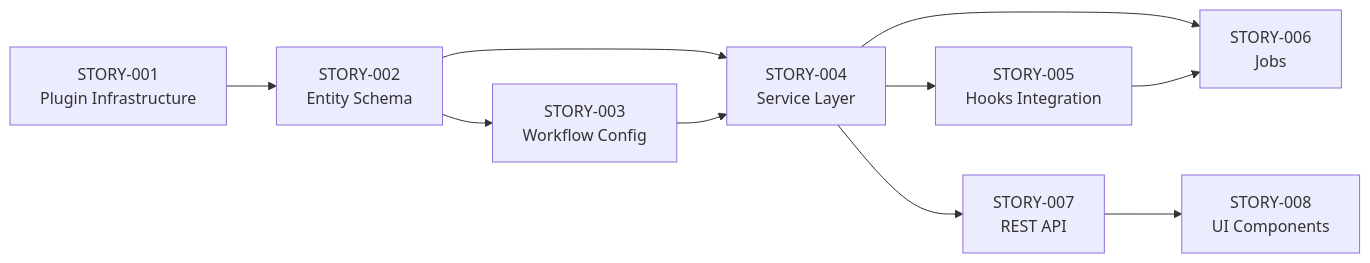
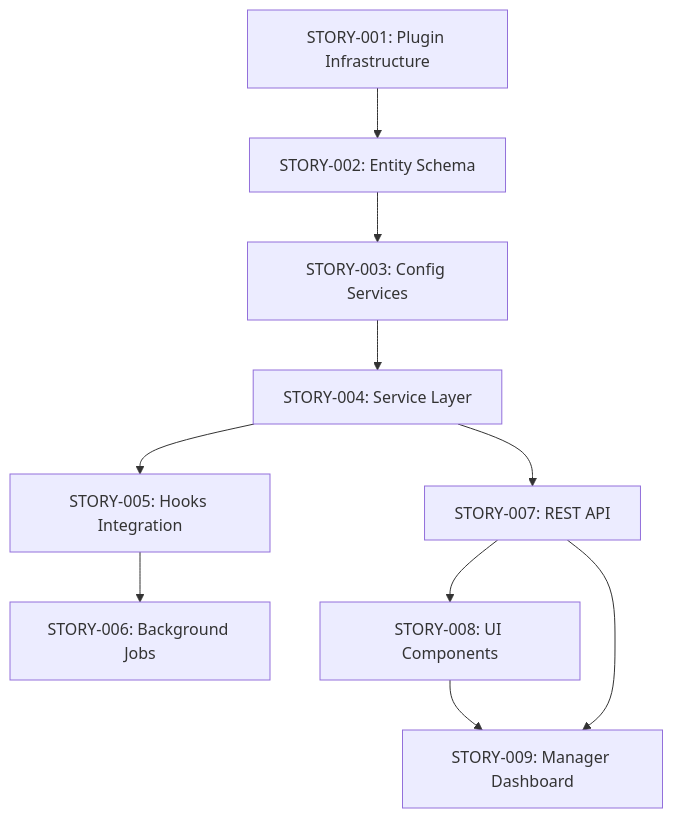
The third of 3 diagrams in blitzy/documentation/Technical Specifications.md (blitzy-public-samples/blitzy-WebVella-ERP), drawn with Mermaid before and after one commit. The commit also changed other lines of this file, not shown here.

````diff
--- a/blitzy/documentation/Technical Specifications.md
+++ b/blitzy/documentation/Technical Specifications.md
@@ -500,21 +740,22 @@
 ```mermaid
-graph LR
-    S1[STORY-001<br/>Plugin Infrastructure]
-    S2[STORY-002<br/>Entity Schema]
-    S3[STORY-003<br/>Workflow Config]
-    S4[STORY-004<br/>Service Layer]
-    S5[STORY-005<br/>Hooks Integration]
-    S6[STORY-006<br/>Jobs]
-    S7[STORY-007<br/>REST API]
-    S8[STORY-008<br/>UI Components]
+graph TD
+    S001[STORY-001: Plugin Infrastructure]
+    S002[STORY-002: Entity Schema]
+    S003[STORY-003: Config Services]
+    S004[STORY-004: Service Layer]
+    S005[STORY-005: Hooks Integration]
+    S006[STORY-006: Background Jobs]
+    S007[STORY-007: REST API]
+    S008[STORY-008: UI Components]
+    S009[STORY-009: Manager Dashboard]
     
-    S1 --> S2
-    S2 --> S3
-    S2 --> S4
-    S3 --> S4
-    S4 --> S5
-    S4 --> S6
-    S4 --> S7
-    S5 --> S6
-    S7 --> S8
+    S001 --> S002
+    S002 --> S003
+    S003 --> S004
+    S004 --> S005
+    S004 --> S007
+    S005 --> S006
+    S007 --> S008
+    S008 --> S009
+    S007 --> S009
 ```
````
